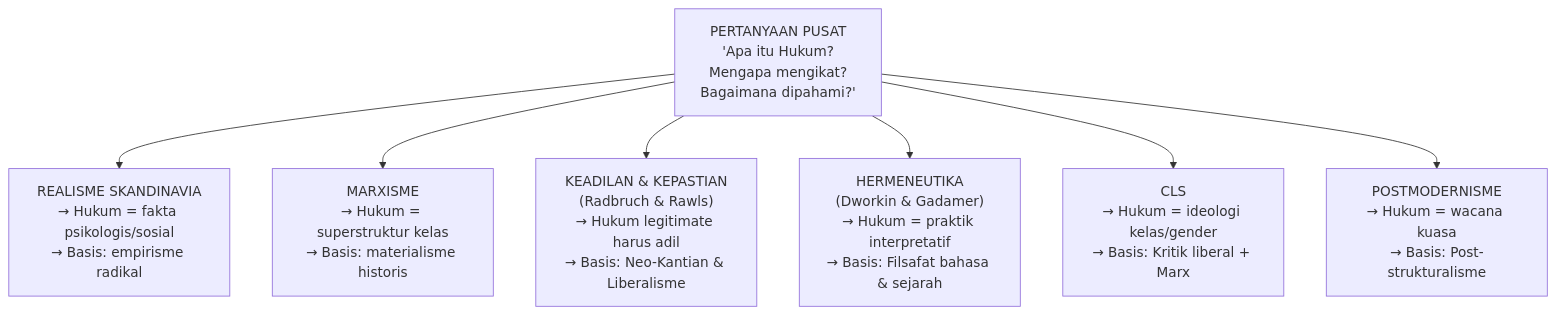
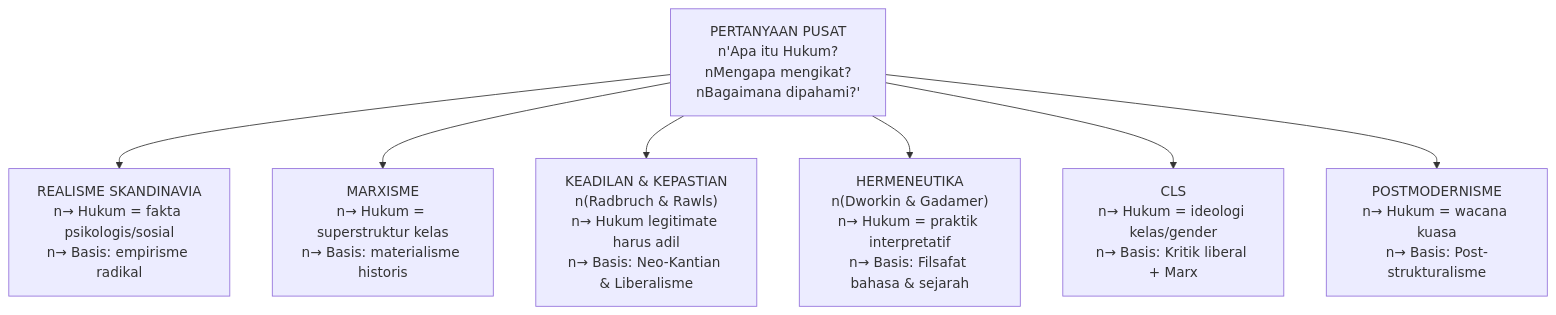
One commit to hifdzimaulana/beate-vivere changed the tenth of 10 diagrams in content/Lectures/filsafat-hukum-postmidterm.md. Above: the diagram before and after it, drawn with Mermaid. The commit also changed other lines of this file, not shown here.

````diff
--- a/content/Lectures/filsafat-hukum-postmidterm.md
+++ b/content/Lectures/filsafat-hukum-postmidterm.md
@@ -874,18 +896,18 @@
 ```mermaid
 graph TD
-    PUSAT["PERTANYAAN PUSAT\n'Apa itu Hukum?\nMengapa mengikat?\nBagaimana dipahami?'"]
+    PUSAT["PERTANYAAN PUSAT<br/>n'Apa itu Hukum?<br/>nMengapa mengikat?<br/>nBagaimana dipahami?'"]
 
-    R_SKAND["REALISME SKANDINAVIA\n→ Hukum = fakta psikologis/sosial\n→ Basis: empirisme radikal"]
-    MARXISME["MARXISME\n→ Hukum = superstruktur kelas\n→ Basis: materialisme historis"]
-    KEA_KEP["KEADILAN & KEPASTIAN\n(Radbruch & Rawls)\n→ Hukum legitimate harus adil\n→ Basis: Neo-Kantian & Liberalisme"]
-    HERMEN["HERMENEUTIKA\n(Dworkin & Gadamer)\n→ Hukum = praktik interpretatif\n→ Basis: Filsafat bahasa & sejarah"]
-    CLS["CLS\n→ Hukum = ideologi kelas/gender\n→ Basis: Kritik liberal + Marx"]
-    POSTMOD["POSTMODERNISME\n→ Hukum = wacana kuasa\n→ Basis: Post-strukturalisme"]
+    R_SKAND["REALISME SKANDINAVIA<br/>n→ Hukum = fakta psikologis/sosial<br/>n→ Basis: empirisme radikal"]
+    MARXISME["MARXISME<br/>n→ Hukum = superstruktur kelas<br/>n→ Basis: materialisme historis"]
+    KEA_KEP["KEADILAN & KEPASTIAN<br/>n(Radbruch & Rawls)<br/>n→ Hukum legitimate harus adil<br/>n→ Basis: Neo-Kantian & Liberalisme"]
+    HERMEN["HERMENEUTIKA<br/>n(Dworkin & Gadamer)<br/>n→ Hukum = praktik interpretatif<br/>n→ Basis: Filsafat bahasa & sejarah"]
+    CLS["CLS<br/>n→ Hukum = ideologi kelas/gender<br/>n→ Basis: Kritik liberal + Marx"]
+    POSTMOD["POSTMODERNISME<br/>n→ Hukum = wacana kuasa<br/>n→ Basis: Post-strukturalisme"]
 
     PUSAT --> R_SKAND
     PUSAT --> MARXISME
     PUSAT --> KEA_KEP
     PUSAT --> HERMEN
     PUSAT --> CLS
     PUSAT --> POSTMOD
 ```
````
